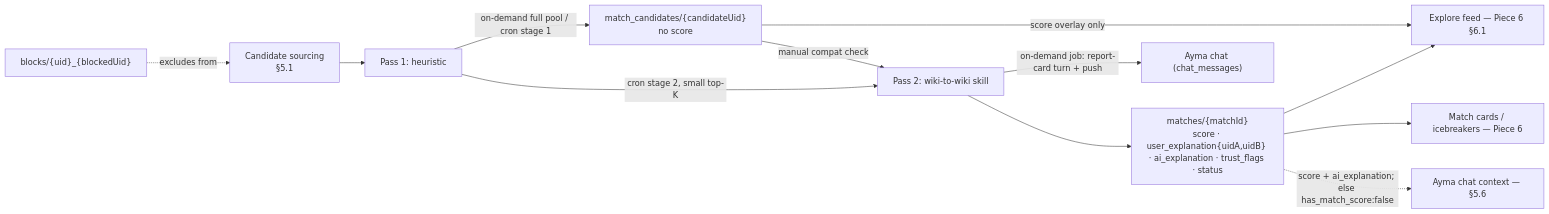
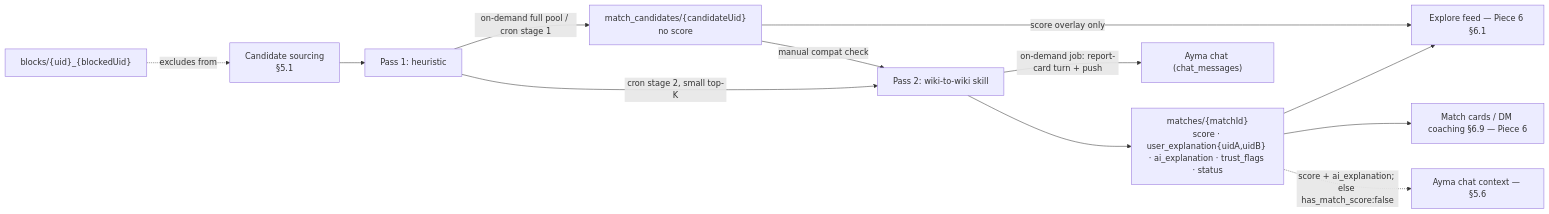
One commit to suhailps93/ayma-v2 changed the seventh of 7 diagrams in docs/ARCHITECTURE.md. Above: the diagram before and after it, drawn with Mermaid. The commit also changed other lines of this file and 6 other files, not shown here.

````diff
--- a/docs/ARCHITECTURE.md
+++ b/docs/ARCHITECTURE.md
@@ -660,16 +660,16 @@
 ```mermaid
 flowchart LR
   Src[Candidate sourcing<br/>§5.1] --> P1[Pass 1: heuristic]
   P1 -->|on-demand full pool / cron stage 1| Cand["match_candidates/{candidateUid}<br/>no score"]
   Cand -->|score overlay only| Explore[Explore feed — Piece 6 §6.1]
 
   Cand -->|manual compat check| P2[Pass 2: wiki-to-wiki skill]
   P1 -->|cron stage 2, small top-K| P2
   P2 --> Match["matches/{matchId}<br/>score · user_explanation{uidA,uidB} · ai_explanation · trust_flags · status"]
   Match --> Explore
-  Match --> Cards[Match cards / icebreakers — Piece 6]
+  Match --> Cards[Match cards / DM coaching §6.9 — Piece 6]
   Match -.->|score + ai_explanation; else has_match_score:false| Ayma[Ayma chat context — §5.6]
   P2 -->|on-demand job: report-card turn + push| Chat["Ayma chat (chat_messages)"]
 
   Block["blocks/{uid}_{blockedUid}"] -.->|excludes from| Src
 ```
````
